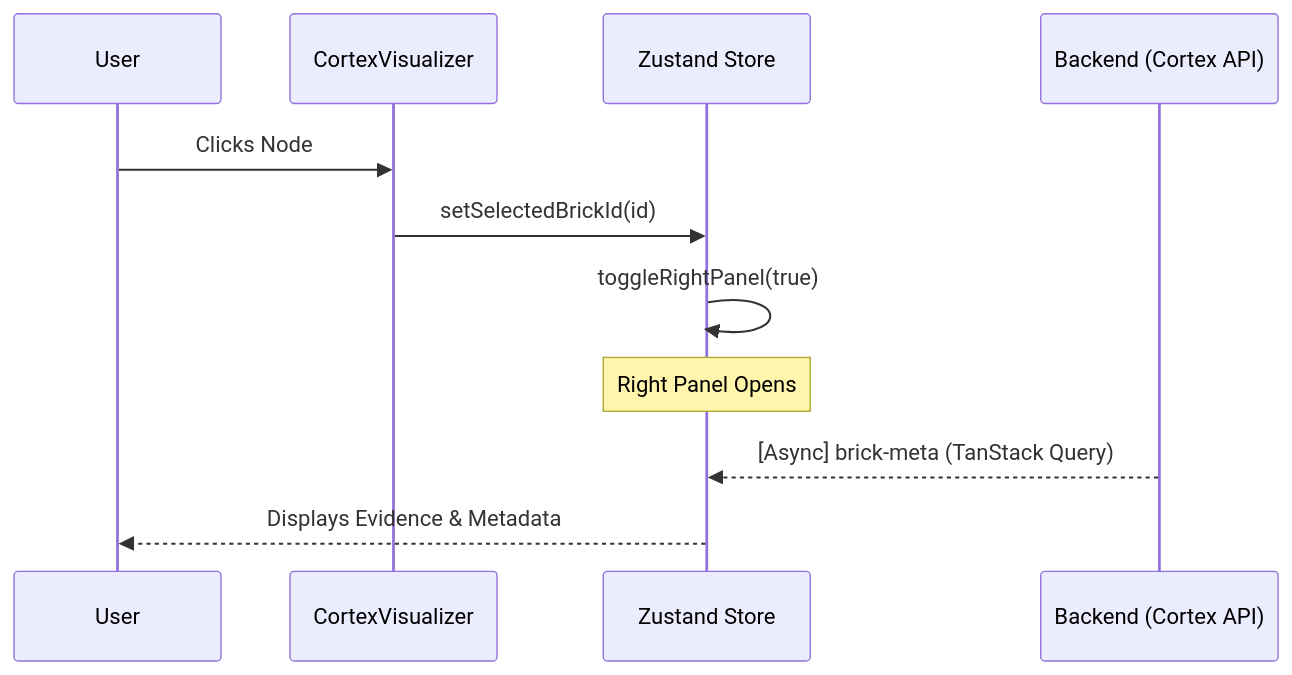
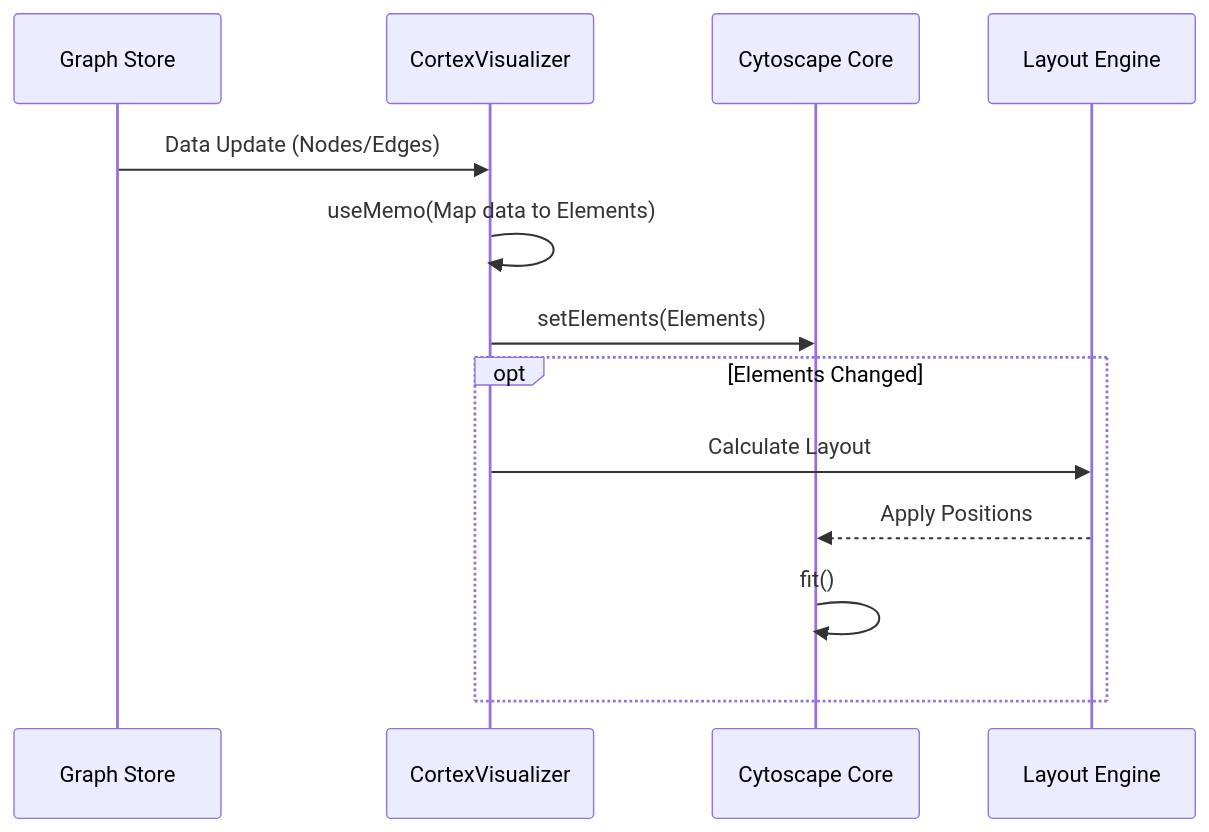
The first of 2 diagrams in Architecture/UI/MODULE_DEEP_DIVES.md (Chaithu1995-0312/LLMExtractor), drawn with Mermaid before and after one commit. The commit also changed other lines of this file and 50 other files, not shown here.

````diff
--- a/Architecture/UI/MODULE_DEEP_DIVES.md
+++ b/Architecture/UI/MODULE_DEEP_DIVES.md
@@ -37,14 +9,17 @@
 ```mermaid
 sequenceDiagram
-    participant U as User
-    participant CV as CortexVisualizer
-    participant Z as Zustand Store
-    participant B as Backend (Cortex API)
+    participant Store as Graph Store
+    participant React as CortexVisualizer
+    participant Cy as Cytoscape Core
+    participant Dagre as Layout Engine
+
+    Store->>React: Data Update (Nodes/Edges)
+    React->>React: useMemo(Map data to Elements)
+    React->>Cy: setElements(Elements)
     
-    U->>CV: Clicks Node
-    CV->>Z: setSelectedBrickId(id)
-    Z->>Z: toggleRightPanel(true)
-    Note over Z: Right Panel Opens
-    B-->>Z: [Async] brick-meta (TanStack Query)
-    Z-->>U: Displays Evidence & Metadata
+    opt Elements Changed
+        React->>Dagre: Calculate Layout
+        Dagre-->>Cy: Apply Positions
+        Cy->>Cy: fit()
+    end
 ```
````
